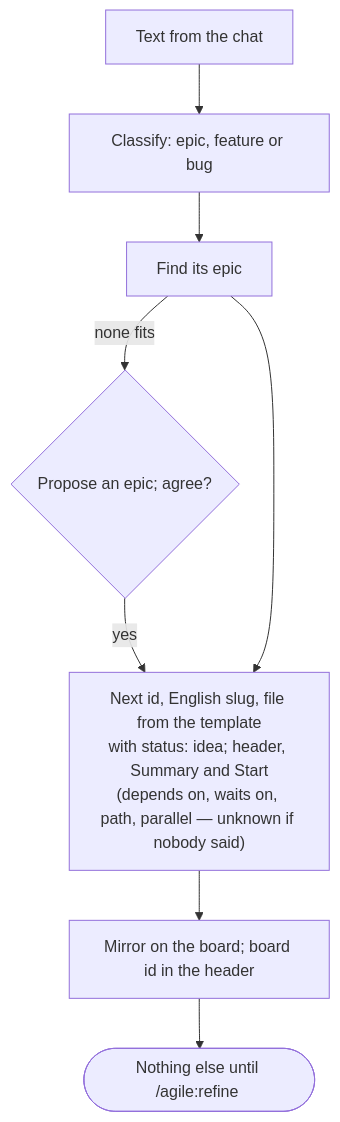
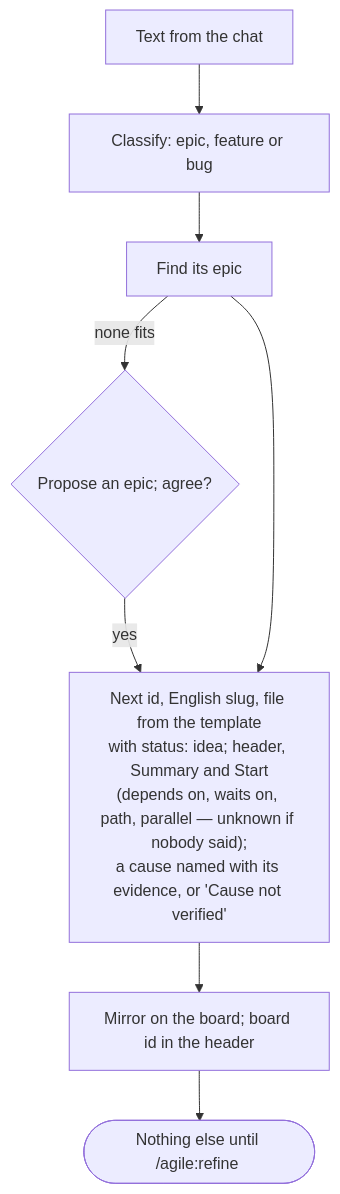
One commit to alexcanario/simulab changed the fourth of 18 diagrams in docs/agile/workflow.md. Above: the diagram before and after it, drawn with Mermaid. The commit also changed other lines of this file and 9 other files, not shown here.

````diff
--- a/docs/agile/workflow.md
+++ b/docs/agile/workflow.md
@@ -1229,10 +1380,10 @@
 ```mermaid
 flowchart TD
     A["Text from the chat"] --> B["Classify: epic, feature or bug"]
     B --> C["Find its epic"]
     C -->|none fits| C1{"Propose an epic; agree?"}
     C1 -->|yes| D
-    C --> D["Next id, English slug, file from the template<br/>with status: idea; header, Summary and Start<br/>(depends on, waits on, path, parallel — unknown if nobody said)"]
+    C --> D["Next id, English slug, file from the template<br/>with status: idea; header, Summary and Start<br/>(depends on, waits on, path, parallel — unknown if nobody said);<br/>a cause named with its evidence, or 'Cause not verified'"]
     D --> E["Mirror on the board; board id in the header"]
     E --> F(["Nothing else until /agile:refine <id>"])
 ```
````
